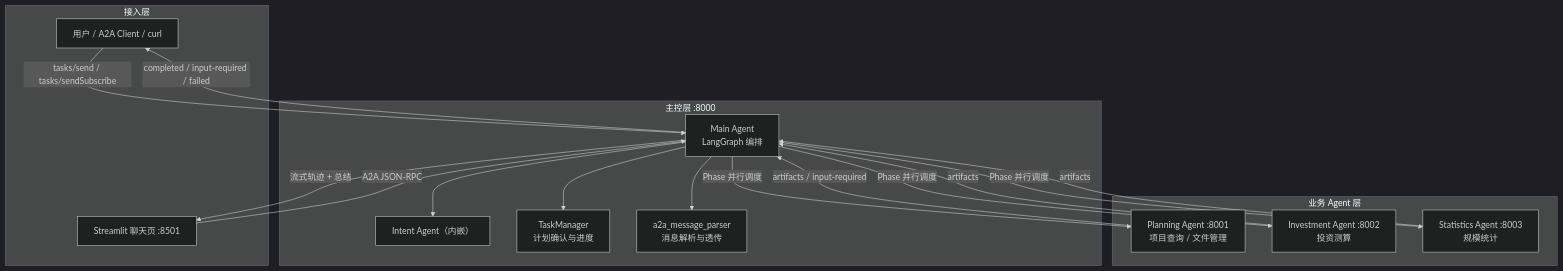
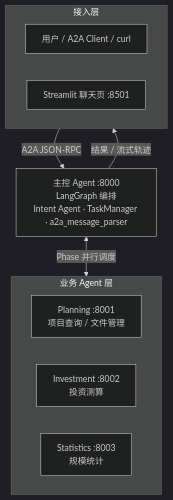
One commit to songhaowei666/powerproj-agent changed the first of 2 diagrams in README.md. Above: the diagram before and after it, drawn with Mermaid (dark theme). The commit also changed other lines of this file, not shown here.

Commit message:
解决系统架构过小

````diff
--- a/README.md
+++ b/README.md
@@ -9,34 +9,21 @@
 ```mermaid
 flowchart TB
     subgraph Client["接入层"]
+        direction LR
         User["用户 / A2A Client / curl"]
         UI["Streamlit 聊天页 :8501"]
     end
 
-    subgraph MainLayer["主控层 :8000"]
-        Main["Main Agent<br/>LangGraph 编排"]
-        Intent["Intent Agent（内嵌）"]
-        TM["TaskManager<br/>计划确认与进度"]
-        Parser["a2a_message_parser<br/>消息解析与透传"]
+    Main["主控 Agent :8000<br/>LangGraph 编排<br/>Intent Agent · TaskManager · a2a_message_parser"]
+
+    subgraph Biz["业务 Agent 层"]
+        direction LR
+        Plan["Planning :8001<br/>项目查询 / 文件管理"]
+        Invest["Investment :8002<br/>投资测算"]
+        Stats["Statistics :8003<br/>规模统计"]
     end
 
-    subgraph Business["业务 Agent 层"]
-        Plan["Planning Agent :8001<br/>项目查询 / 文件管理"]
-        Invest["Investment Agent :8002<br/>投资测算"]
-        Stats["Statistics Agent :8003<br/>规模统计"]
-    end
-
-    User -->|tasks/send / tasks/sendSubscribe| Main
-    UI -->|A2A JSON-RPC| Main
-    Main --> Intent
-    Main --> TM
-    Main --> Parser
-    Main -->|Phase 并行调度| Plan
-    Main -->|Phase 并行调度| Invest
-    Main -->|Phase 并行调度| Stats
-    Plan -->|artifacts / input-required| Main
-    Invest -->|artifacts| Main
-    Stats -->|artifacts| Main
-    Main -->|completed / input-required / failed| User
-    Main -->|流式轨迹 + 总结| UI
+    Client -->|A2A JSON-RPC| Main
+    Main <-->|Phase 并行调度| Biz
+    Main -->|结果 / 流式轨迹| Client
 ```
````
